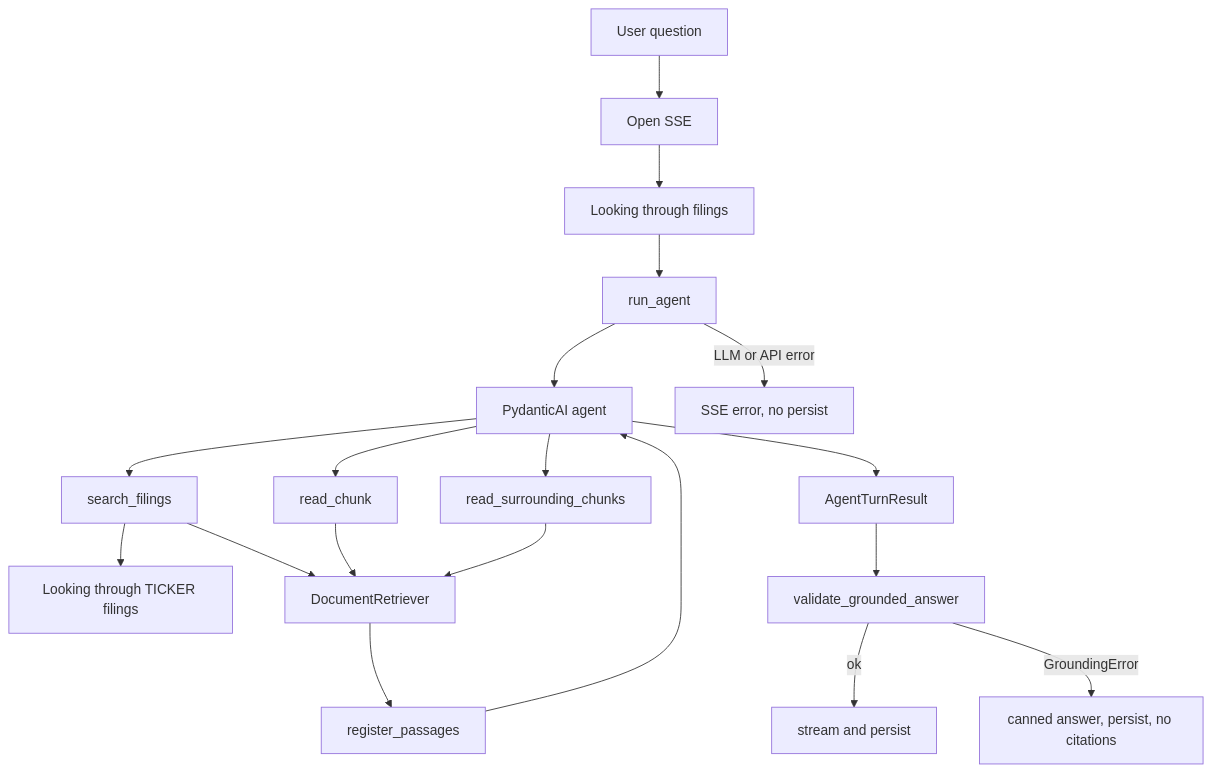
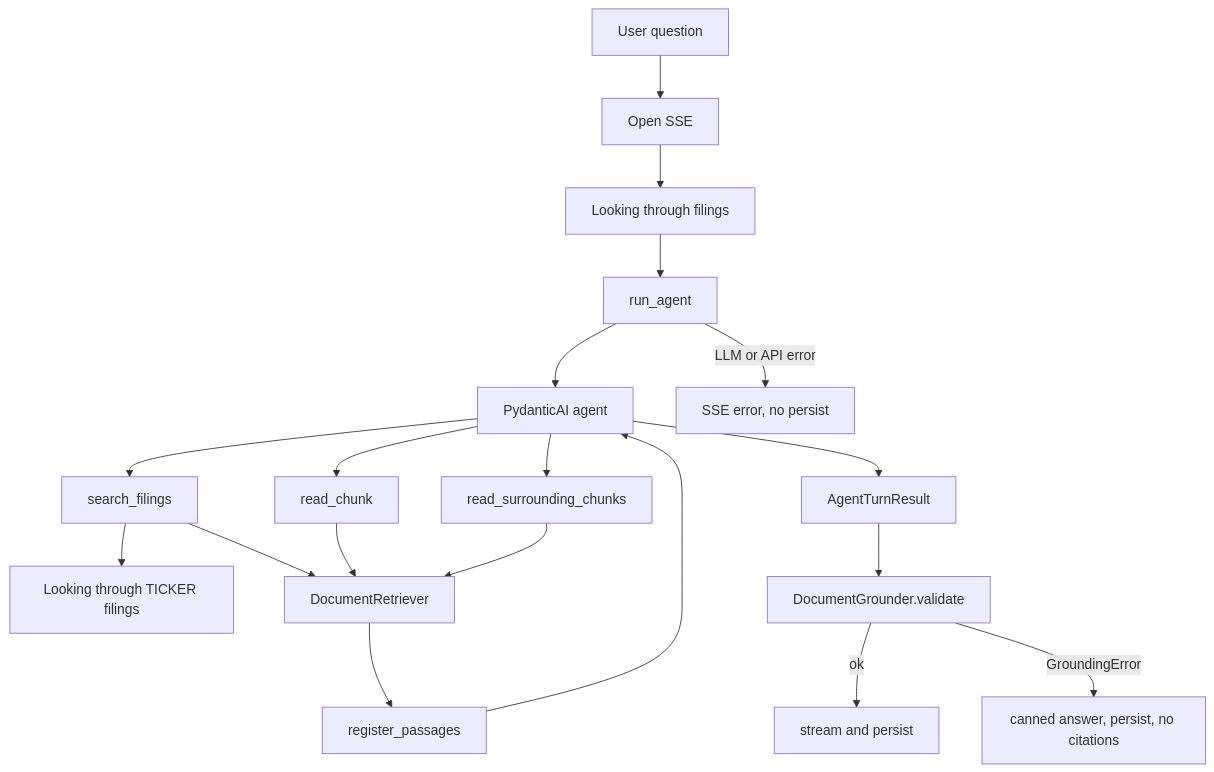
The diagram in backend/app/assistant/README.md (borbalita/folio), drawn with Mermaid before and after one commit. The commit also changed other lines of this file and 51 other files, not shown here.

````diff
--- a/backend/app/assistant/README.md
+++ b/backend/app/assistant/README.md
@@ -9,21 +9,21 @@
 ```mermaid
 flowchart TD
     userText[User question] --> sse[Open SSE]
     sse --> status["Looking through filings"]
     status --> runAgent[run_agent]
     runAgent --> llm[PydanticAI agent]
     llm --> searchFilings[search_filings]
     llm --> readChunk[read_chunk]
     llm --> readAround[read_surrounding_chunks]
     searchFilings --> tickerStatus["Looking through TICKER filings"]
     searchFilings --> retriever[DocumentRetriever]
     readChunk --> retriever
     readAround --> retriever
     retriever --> register[register_passages]
     register --> llm
     llm --> result[AgentTurnResult]
-    result --> validate[validate_grounded_answer]
+    result --> validate[DocumentGrounder.validate]
     validate -->|ok| stream[stream and persist]
     validate -->|GroundingError| canned[canned answer, persist, no citations]
     runAgent -->|LLM or API error| streamErr[SSE error, no persist]
 ```
````
